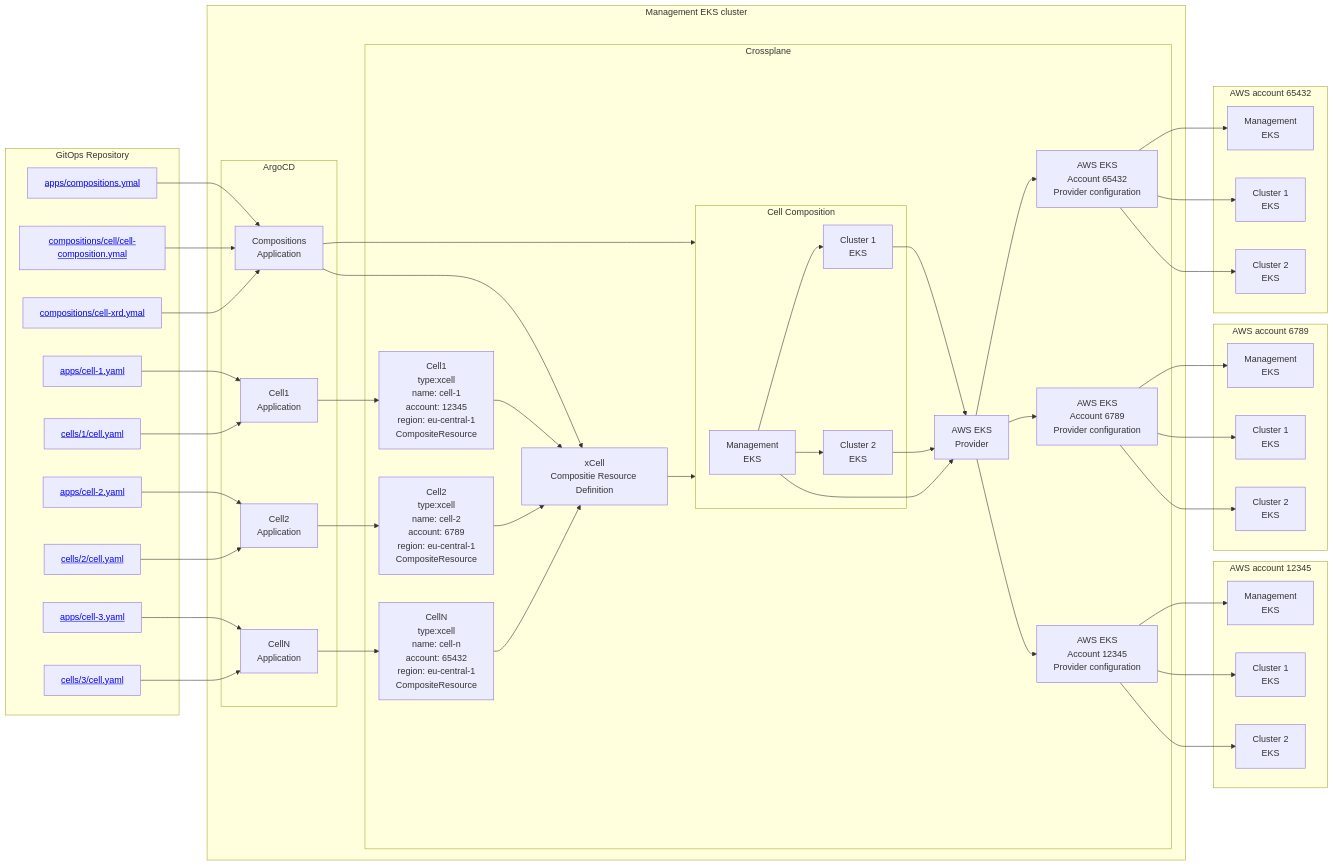
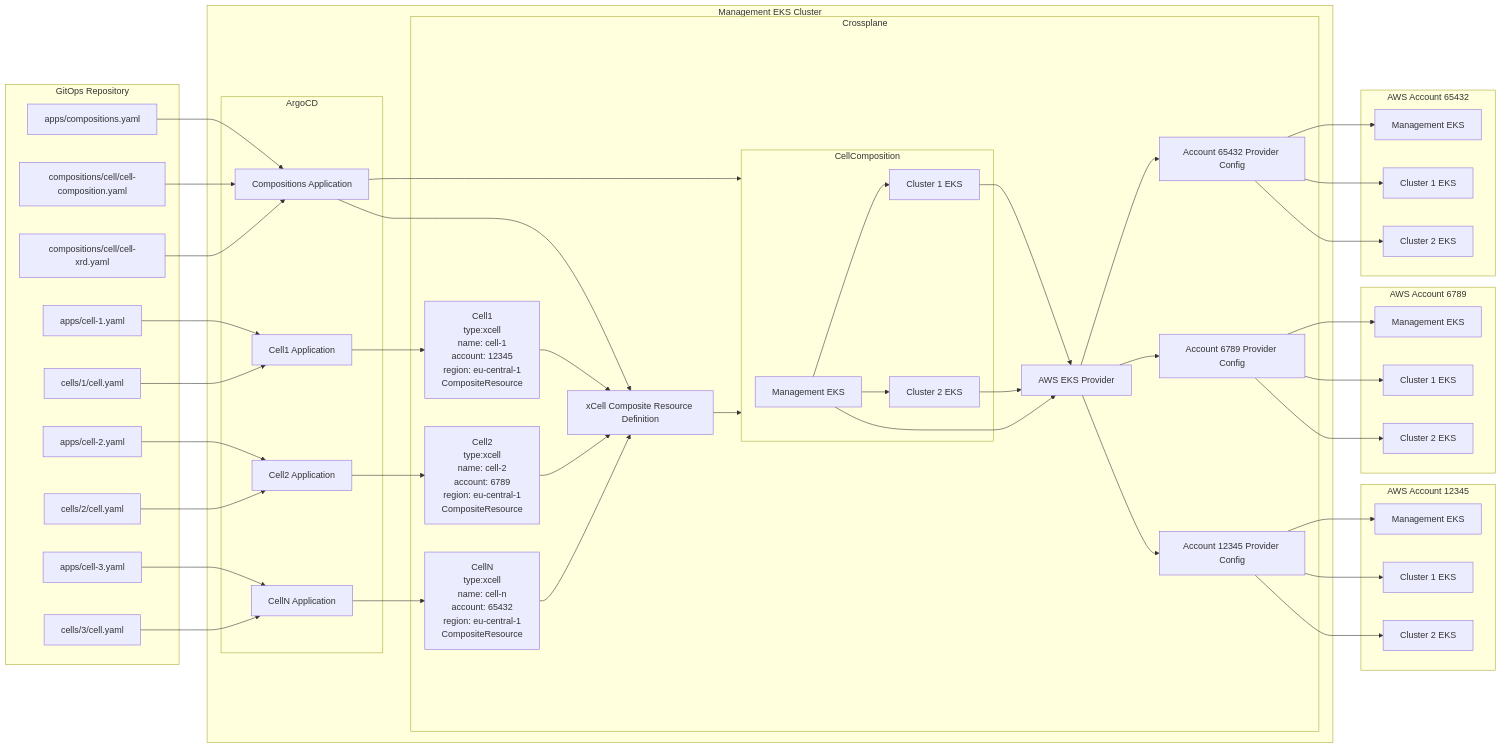
The second of 2 diagrams in README.md (kszpakowski/crossplane-demo), drawn with Mermaid before and after one commit. The commit also changed other lines of this file, not shown here.

Commit message:
update mermaid

````diff
--- a/README.md
+++ b/README.md
@@ -108,121 +114,119 @@
 ```mermaid
 graph LR
 
+%% GitOps Repository
 subgraph GitOps Repository
-  gc[<a href="https://github.com/kszpakowski/crossplane-demo/blob/main/gitops/apps/compositions.yaml">apps/compositions.ymal</a>]
+  apps[apps/compositions.yaml]
+  cellComp[compositions/cell/cell-composition.yaml]
+  cellXrd[compositions/cell/cell-xrd.yaml]
 
-  gcdc[<a href="https://github.com/kszpakowski/crossplane-demo/blob/main/gitops/compositions/cell/cell-composition.yaml">compositions/cell/cell-composition.ymal</a>]
+  cell1App[apps/cell-1.yaml]
+  cell1Def[cells/1/cell.yaml]
 
-  gcdxrd[<a href="https://github.com/kszpakowski/crossplane-demo/blob/main/gitops/compositions/cell/cell-xdr.yaml">compositions/cell-xrd.ymal</a>]
+  cell2App[apps/cell-2.yaml]
+  cell2Def[cells/2/cell.yaml]
 
-  grc1[<a href="https://github.com/kszpakowski/crossplane-demo/blob/main/gitops/apps/cell-1.yaml">apps/cell-1.yaml</a>]
-
-  grc1d[<a href="https://github.com/kszpakowski/crossplane-demo/blob/main/gitops/cells/1/cell.yaml">cells/1/cell.yaml</a>]
-
-  grc2[<a href="https://github.com/kszpakowski/crossplane-demo/blob/main/gitops/apps/cell-2.yaml"> apps/cell-2.yaml</a>]
-
-  grc2d[<a href="https://github.com/kszpakowski/crossplane-demo/blob/main/gitops/cells/2/cell.yaml">cells/2/cell.yaml</a>]
-
-  grcn[<a href="https://github.com/kszpakowski/crossplane-demo/blob/main/gitops/apps/cell-3.yaml"> apps/cell-3.yaml</a>]
-
-  grcnd[<a href="https://github.com/kszpakowski/crossplane-demo/blob/main/gitops/cells/3/cell.yaml">cells/3/cell.yaml</a>]
+  cellNApp[apps/cell-3.yaml]
+  cellNDef[cells/3/cell.yaml]
 end
 
-subgraph Management EKS cluster
-    subgraph ArgoCD
-        c1[Cell1<br>Application]
-        c2[Cell2<br>Application]
-        cn[CellN<br>Application]
+%% Management EKS Cluster
+subgraph Management EKS Cluster
+  subgraph ArgoCD
+    argocdCell1[Cell1 Application]
+    argocdCell2[Cell2 Application]
+    argocdCellN[CellN Application]
+    argocdCompositions[Compositions Application]
+  end
 
-        ac[Compositions<br>Application]
+  subgraph Crossplane
+    xrCell1[Cell1<br>type:xcell<br>name: cell-1<br>account: 12345<br>region: eu-central-1<br>CompositeResource]
+    xrCell2[Cell2<br>type:xcell<br>name: cell-2<br>account: 6789<br>region: eu-central-1<br>CompositeResource]
+    xrCellN[CellN<br>type:xcell<br>name: cell-n<br>account: 65432<br>region: eu-central-1<br>CompositeResource]
+
+    xrdComp[xCell Composite Resource Definition]
+    
+    subgraph CellComposition
+      mgmtEks[Management EKS]
+      eksCluster1[Cluster 1 EKS]
+      eksCluster2[Cluster 2 EKS]
+
+      mgmtEks --> eksCluster1
+      mgmtEks --> eksCluster2
     end
 
-    subgraph Crossplane
-        xr1[Cell1<br>type:xcell<br>name: cell-1<br>account: 12345<br>region: eu-central-1<br>CompositeResource]
-        xr2[Cell2<br>type:xcell<br>name: cell-2<br>account: 6789<br>region: eu-central-1<br>CompositeResource]
-        xrn[CellN<br>type:xcell<br>name: cell-n<br>account: 65432<br>region: eu-central-1<br>CompositeResource]
+    eksProvider[AWS EKS Provider]
 
-        cxrd[xCell<br>Compositie Resource Definition]
-        subgraph cc[Cell Composition]
-          eksm[Management<br>EKS]
-          eks1[Cluster 1<br>EKS]
-          eks2[Cluster 2<br>EKS]
+    providerAcc1[Account 12345 Provider Config]
+    providerAcc2[Account 6789 Provider Config]
+    providerAcc3[Account 65432 Provider Config]
 
-          eksm --> eks1
-          eksm --> eks2
-        end
+    eksCluster1 --> eksProvider
+    eksCluster2 --> eksProvider
+    mgmtEks --> eksProvider
 
-        ep[AWS EKS<br>Provider]
-
-        epc1[AWS EKS<br>Account 12345<br>Provider configuration]
-        epc2[AWS EKS<br>Account 6789<br>Provider configuration]
-        epc3[AWS EKS<br>Account 65432<br>Provider configuration]
-
-        eks1 --> ep
-        eks2 --> ep
-        eksm --> ep
-
-        ep --> epc1
-        ep --> epc2
-        ep --> epc3
-          
-    end
+    eksProvider --> providerAcc1
+    eksProvider --> providerAcc2
+    eksProvider --> providerAcc3
+  end
 end
 
-subgraph AWS account 12345
-    a1eksm[Management<br>EKS]
-    a1eks1[Cluster 1<br>EKS]
-    a1eks2[Cluster 2<br>EKS]
+%% AWS Account 12345
+subgraph AWS Account 12345
+  acc1Mgmt[Management EKS]
+  acc1Cluster1[Cluster 1 EKS]
+  acc1Cluster2[Cluster 2 EKS]
 
-    epc1 --> a1eksm
-    epc1 --> a1eks1
-    epc1 --> a1eks2
+  providerAcc1 --> acc1Mgmt
+  providerAcc1 --> acc1Cluster1
+  providerAcc1 --> acc1Cluster2
 end
 
-subgraph AWS account 6789
-    a2eksm[Management<br>EKS]
-    a2eks1[Cluster 1<br>EKS]
-    a2eks2[Cluster 2<br>EKS]
+%% AWS Account 6789
+subgraph AWS Account 6789
+  acc2Mgmt[Management EKS]
+  acc2Cluster1[Cluster 1 EKS]
+  acc2Cluster2[Cluster 2 EKS]
 
-    epc2 --> a2eksm
-    epc2 --> a2eks1
-    epc2 --> a2eks2
+  providerAcc2 --> acc2Mgmt
+  providerAcc2 --> acc2Cluster1
+  providerAcc2 --> acc2Cluster2
 end
 
-subgraph AWS account 65432
-    a3eksm[Management<br>EKS]
-    a3eks1[Cluster 1<br>EKS]
-    a3eks2[Cluster 2<br>EKS]
+%% AWS Account 65432
+subgraph AWS Account 65432
+  acc3Mgmt[Management EKS]
+  acc3Cluster1[Cluster 1 EKS]
+  acc3Cluster2[Cluster 2 EKS]
 
-    epc3 --> a3eksm
-    epc3 --> a3eks1
-    epc3 --> a3eks2
+  providerAcc3 --> acc3Mgmt
+  providerAcc3 --> acc3Cluster1
+  providerAcc3 --> acc3Cluster2
 end
 
+%% Connections between components
+apps --> argocdCompositions
+cellComp --> argocdCompositions
+cellXrd --> argocdCompositions
 
-gc --> ac
-gcdc --> ac
-gcdxrd --> ac
+argocdCompositions --> xrdComp
+argocdCompositions --> CellComposition
+xrdComp --> CellComposition
 
-ac --> cxrd
-ac --> cc
+argocdCell1 --> xrCell1
+argocdCell2 --> xrCell2
+argocdCellN --> xrCellN
 
-cxrd --> cc
+xrCell1 --> xrdComp
+xrCell2 --> xrdComp
+xrCellN --> xrdComp
 
-c1 --> xr1
-c2 --> xr2
-cn --> xrn
+cell1App --> argocdCell1
+cell1Def --> argocdCell1
 
-xr1 --> cxrd
-xr2 --> cxrd
-xrn --> cxrd
+cell2App --> argocdCell2
+cell2Def --> argocdCell2
 
-grc1 --> c1
-grc1d --> c1
-
-grc2 --> c2
-grc2d --> c2
-
-grcn --> cn
-grcnd --> cn
+cellNApp --> argocdCellN
+cellNDef --> argocdCellN
 ```
````
